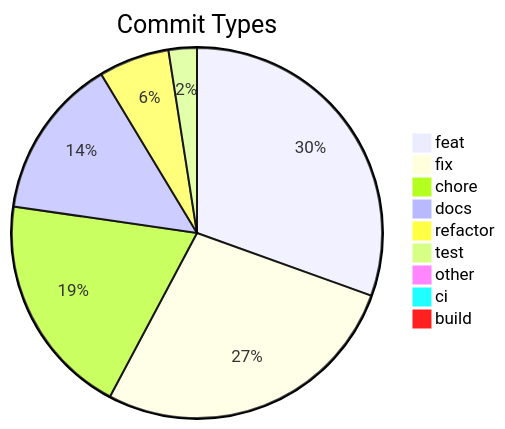
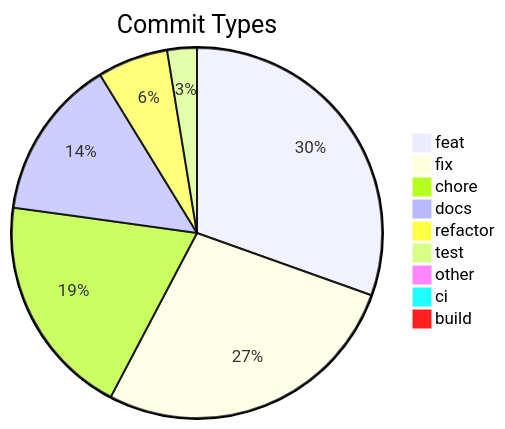
Before and after one commit to svenroth-ai/shipwright: the diagram in .shipwright/compliance/change-history.md, drawn with Mermaid. The commit also changed other lines of this file and 18 other files, not shown here.

````diff
--- a/.shipwright/compliance/change-history.md
+++ b/.shipwright/compliance/change-history.md
@@ -8,12 +8,12 @@
 ```mermaid
 pie title Commit Types
     "feat" : 247
     "fix" : 221
     "chore" : 158
     "docs" : 114
     "refactor" : 50
-    "test" : 20
+    "test" : 21
     "other" : 7
     "ci" : 5
     "build" : 1
 ```
````
